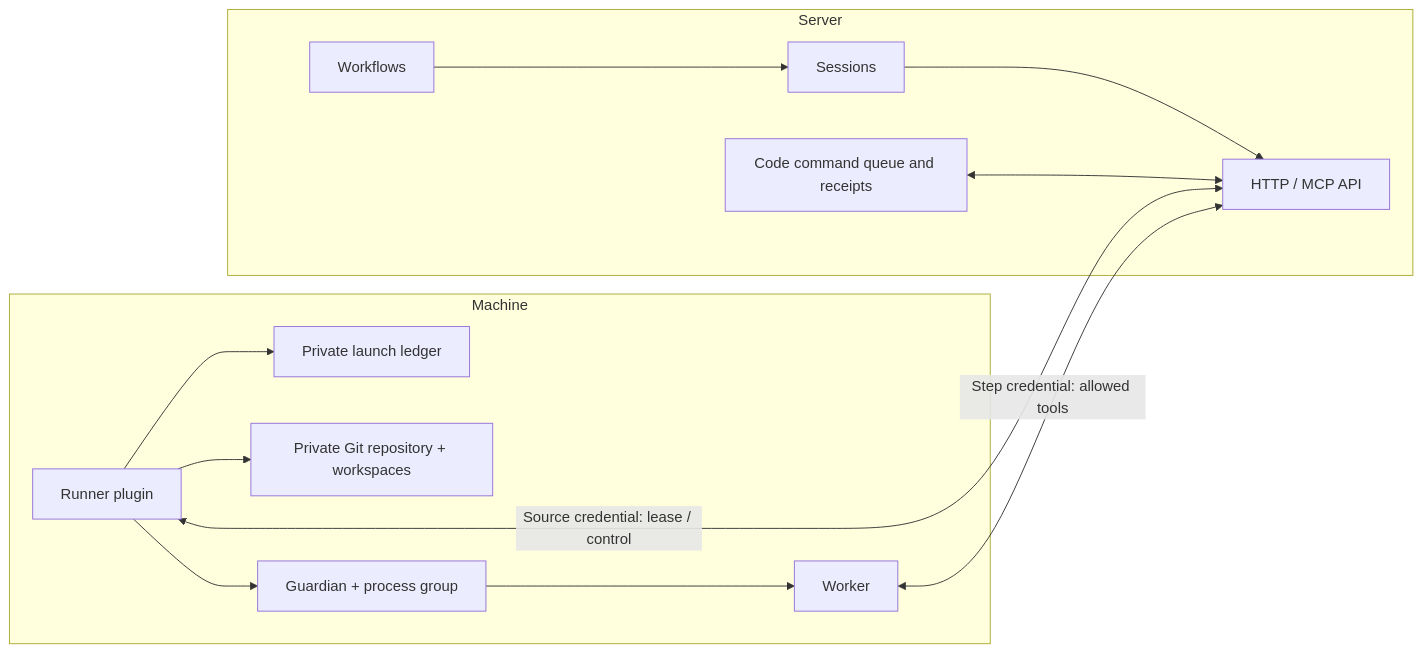
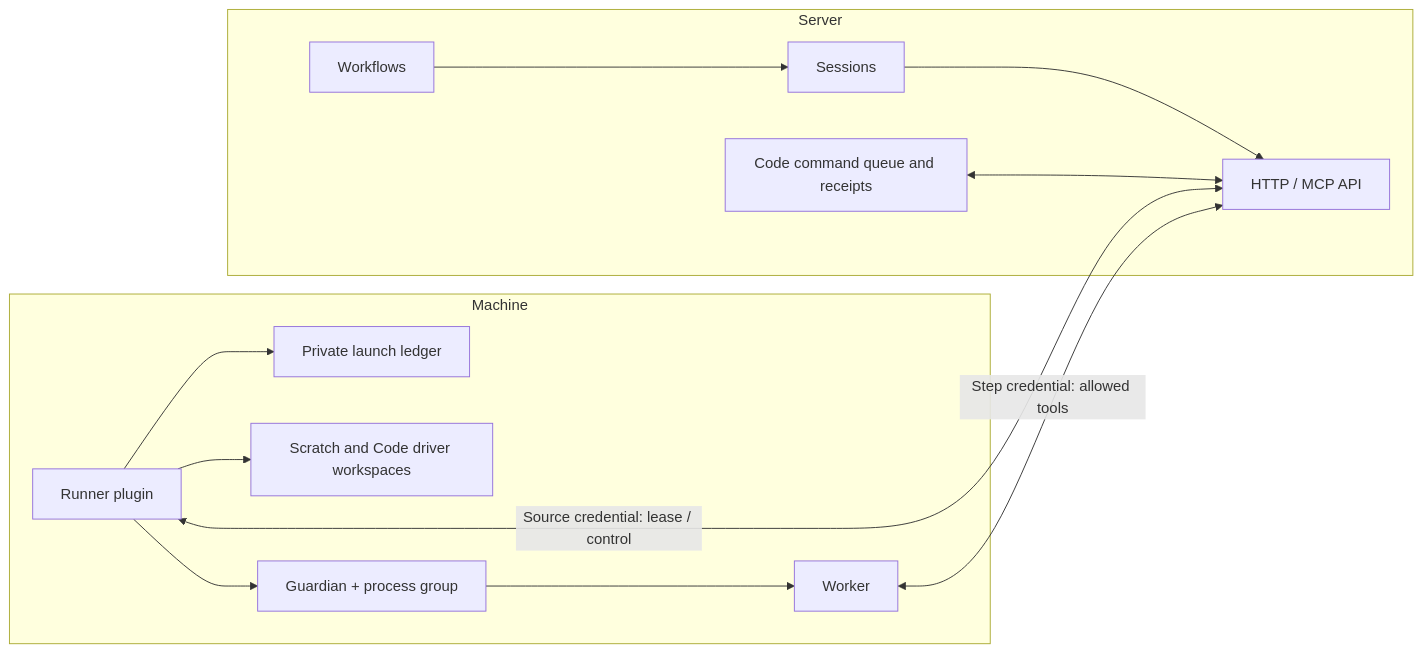
Before and after one commit to rapidreview-io/Merv: the diagram in merv-typescript/docs/MACHINE_RUNNER.md, drawn with Mermaid. The commit also changed other lines of this file and 10 other files, not shown here.

````diff
--- a/merv-typescript/docs/MACHINE_RUNNER.md
+++ b/merv-typescript/docs/MACHINE_RUNNER.md
@@ -9,16 +9,16 @@
 ```mermaid
 flowchart LR
   subgraph Server
     W[Workflows] --> S[Sessions]
     S --> A[HTTP / MCP API]
     K[Code command queue and receipts] <--> A
   end
   subgraph Machine
     R[Runner plugin] --> L[Private launch ledger]
-    R --> B[Private Git repository + workspaces]
+    R --> B[Scratch and Code driver workspaces]
     R --> G[Guardian + process group]
     G --> C[Worker]
   end
   R <-->|Source credential: lease / control| A
   C <-->|Step credential: allowed tools| A
 ```
````
